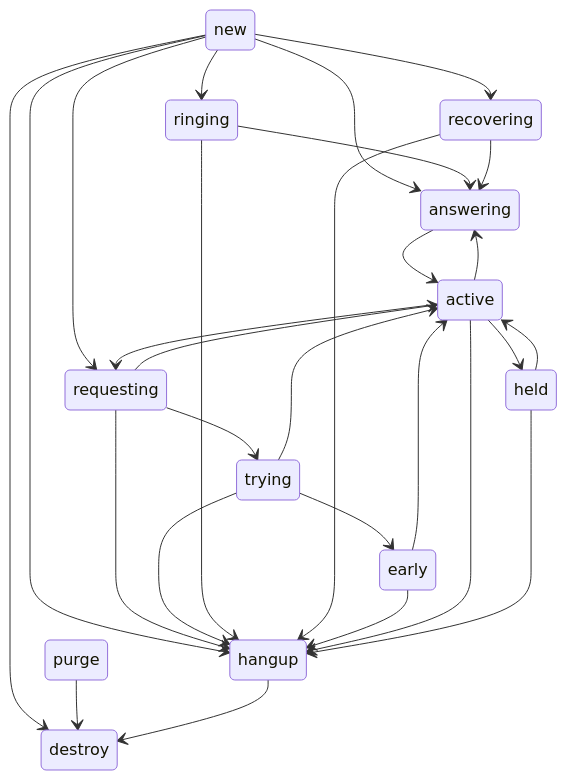
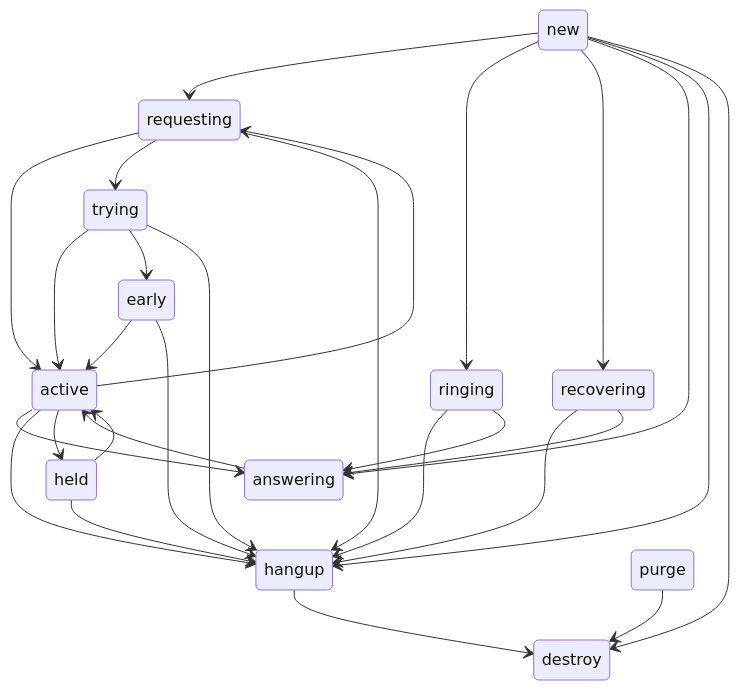
Before and after one commit to bjenning04/foam: the fourth of 4 diagrams in verto-design.md, drawn with Mermaid. The commit also changed other lines of this file, not shown here.

````diff
--- a/verto-design.md
+++ b/verto-design.md
@@ -318,40 +318,40 @@
 ```mermaid
 stateDiagram
+    new --> requesting
     new --> ringing
     new --> recovering
     new --> answering
-    new --> requesting
     new --> hangup
     new --> destroy
 
     purge --> destroy
 
     requesting --> active
     requesting --> trying
     requesting --> hangup
 
     trying --> active
     trying --> early
     trying --> hangup
 
     ringing --> hangup
     ringing --> answering
 
     recovering --> hangup
     recovering --> answering
 
     early --> active
     early --> hangup
 
     active --> requesting
     active --> answering
     active --> hangup
     active --> held
 
     answering --> active
 
     held --> active
     held --> hangup
 
     hangup --> destroy
 ```
````
